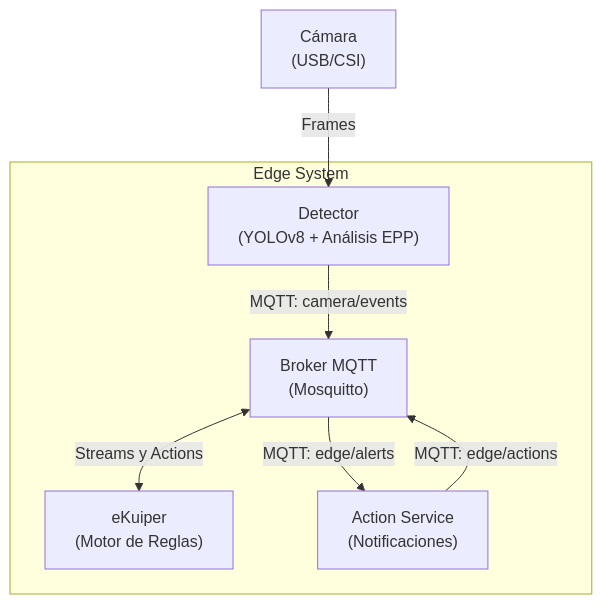
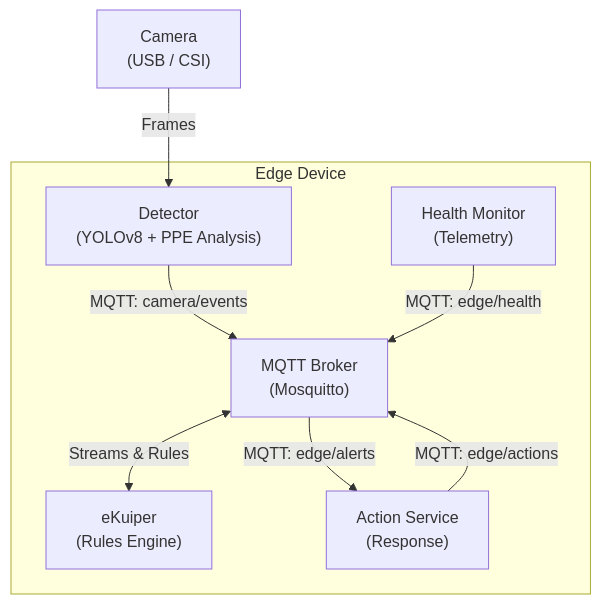
One commit to jorghee/edge-vision-system changed the diagram in docs/architecture.md. Above: the diagram before and after it, drawn with Mermaid. The commit also changed other lines of this file and 4 other files, not shown here.

````diff
--- a/docs/architecture.md
+++ b/docs/architecture.md
@@ -7,11 +7,12 @@
 ```mermaid
 graph TD
-    CAM["Cámara<br/>(USB/CSI)"] -->|Frames| DET["Detector<br/>(YOLOv8 + Análisis EPP)"]
-    
-    subgraph Edge System
-        DET -->|MQTT: camera/events| MQTT["Broker MQTT<br/>(Mosquitto)"]
-        MQTT <-->|Streams y Actions| EK["eKuiper<br/>(Motor de Reglas)"]
-        MQTT -->|MQTT: edge/alerts| ACT["Action Service<br/>(Notificaciones)"]
-        ACT -->|MQTT: edge/actions| MQTT
+    CAM["Camera<br/>(USB / CSI)"] -->|Frames| DET["Detector<br/>(YOLOv8 + PPE Analysis)"]
+
+    subgraph Edge Device
+        DET -->|"MQTT: camera/events"| MQTT["MQTT Broker<br/>(Mosquitto)"]
+        MQTT <-->|"Streams & Rules"| EK["eKuiper<br/>(Rules Engine)"]
+        MQTT -->|"MQTT: edge/alerts"| ACT["Action Service<br/>(Response)"]
+        ACT -->|"MQTT: edge/actions"| MQTT
+        HM["Health Monitor<br/>(Telemetry)"] -->|"MQTT: edge/health"| MQTT
     end
 ```
````
